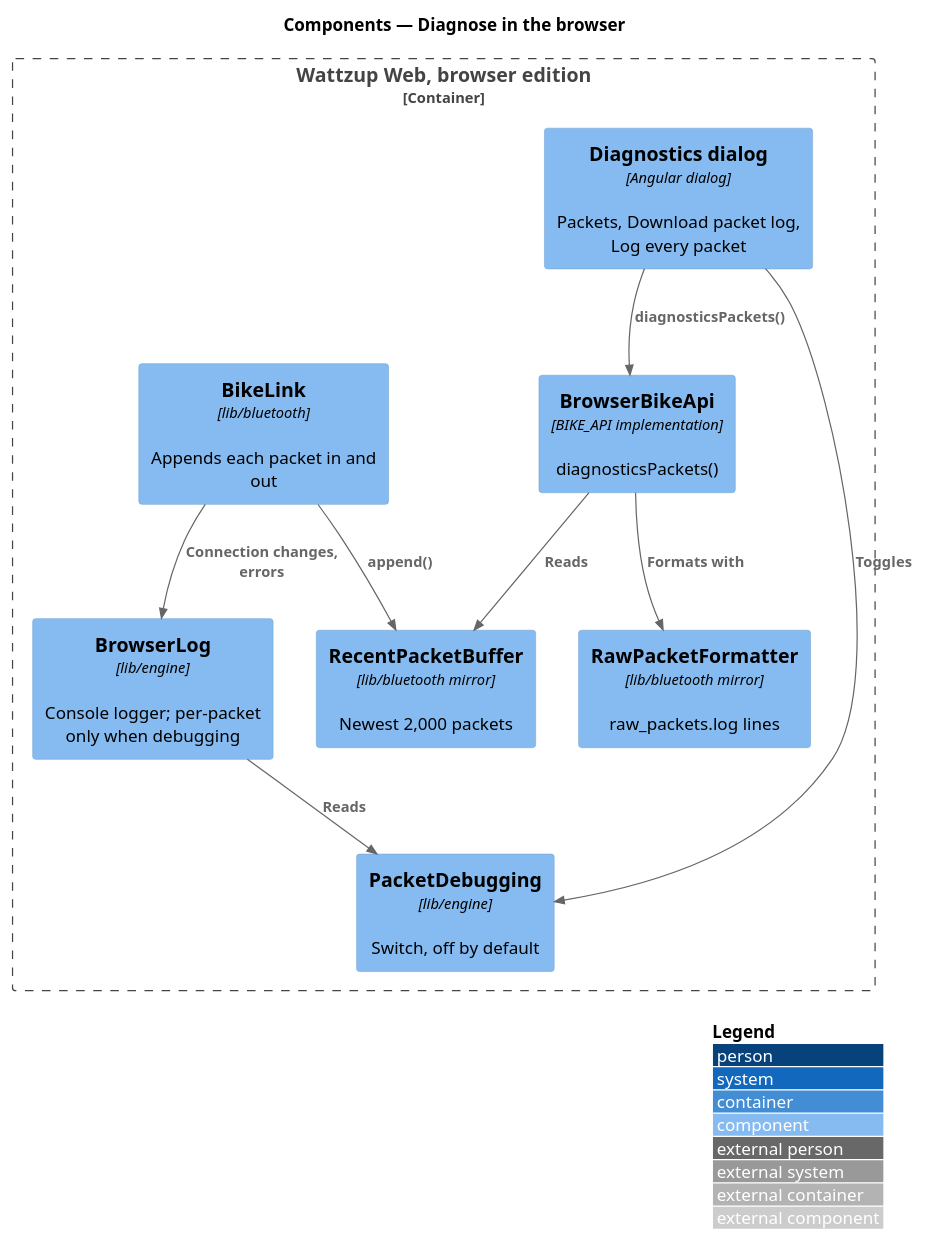
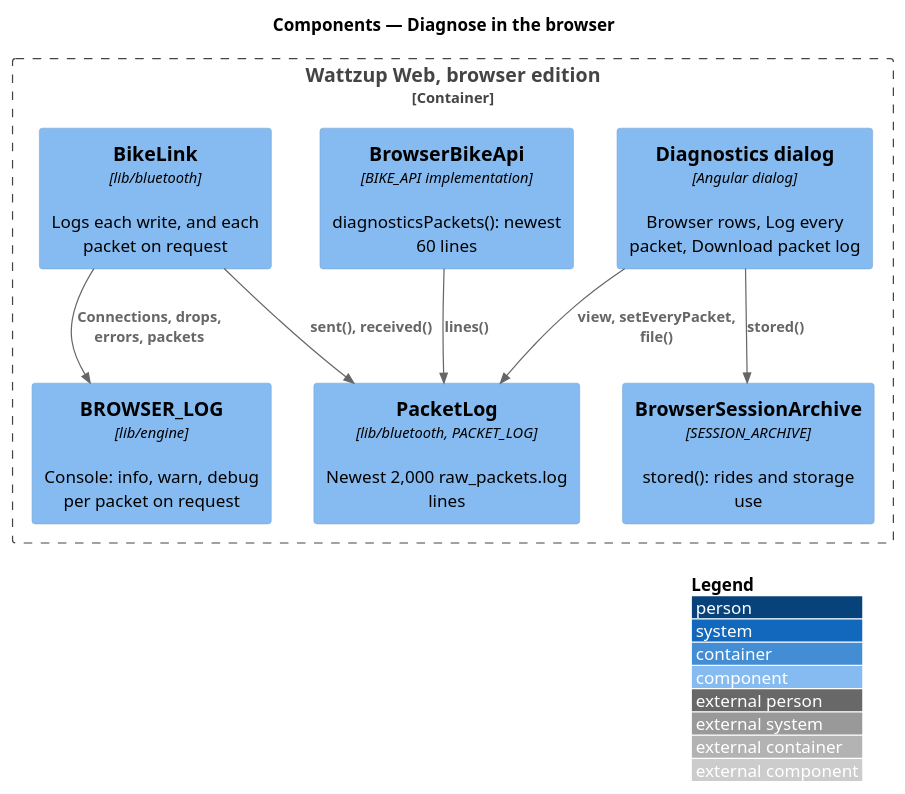
Before and after one commit to QuinntyneBrown/ride-one: the diagram in docs/detailed-designs/browser-edition/diagnose-in-browser/diagrams/c4-component.puml, drawn with PlantUML. The commit also changed 27 other files, not shown here.

First line of the commit message:
Diagnose the bike in the browser edition (L2-095)

```diff
--- a/docs/detailed-designs/browser-edition/diagnose-in-browser/diagrams/c4-component.puml
+++ b/docs/detailed-designs/browser-edition/diagnose-in-browser/diagrams/c4-component.puml
@@ -1,22 +1,19 @@
 @startuml
 !include <C4/C4_Component>
 LAYOUT_WITH_LEGEND()
 title Components — Diagnose in the browser
 
 Container_Boundary(app, "Wattzup Web, browser edition") {
-  Component(dialog, "Diagnostics dialog", "Angular dialog", "Packets, Download packet log, Log every packet")
-  Component(api, "BrowserBikeApi", "BIKE_API implementation", "diagnosticsPackets()")
-  Component(link, "BikeLink", "lib/bluetooth", "Appends each packet in and out")
-  Component(ring, "RecentPacketBuffer", "lib/bluetooth mirror", "Newest 2,000 packets")
-  Component(fmt, "RawPacketFormatter", "lib/bluetooth mirror", "raw_packets.log lines")
-  Component(log, "BrowserLog", "lib/engine", "Console logger; per-packet only when debugging")
-  Component(debug, "PacketDebugging", "lib/engine", "Switch, off by default")
+  Component(dialog, "Diagnostics dialog", "Angular dialog", "Browser rows, Log every packet, Download packet log")
+  Component(api, "BrowserBikeApi", "BIKE_API implementation", "diagnosticsPackets(): newest 60 lines")
+  Component(link, "BikeLink", "lib/bluetooth", "Logs each write, and each packet on request")
+  Component(ring, "PacketLog", "lib/bluetooth, PACKET_LOG", "Newest 2,000 raw_packets.log lines")
+  Component(log, "BROWSER_LOG", "lib/engine", "Console: info, warn, debug per packet on request")
+  Component(archive, "BrowserSessionArchive", "SESSION_ARCHIVE", "stored(): rides and storage use")
 }
-Rel(dialog, api, "diagnosticsPackets()")
-Rel(dialog, debug, "Toggles")
-Rel(api, ring, "Reads")
-Rel(api, fmt, "Formats with")
-Rel(link, ring, "append()")
-Rel(link, log, "Connection changes, errors")
-Rel(log, debug, "Reads")
+Rel(dialog, ring, "view, setEveryPacket, file()")
+Rel(dialog, archive, "stored()")
+Rel(api, ring, "lines()")
+Rel(link, ring, "sent(), received()")
+Rel(link, log, "Connections, drops, errors, packets")
 @enduml
```
